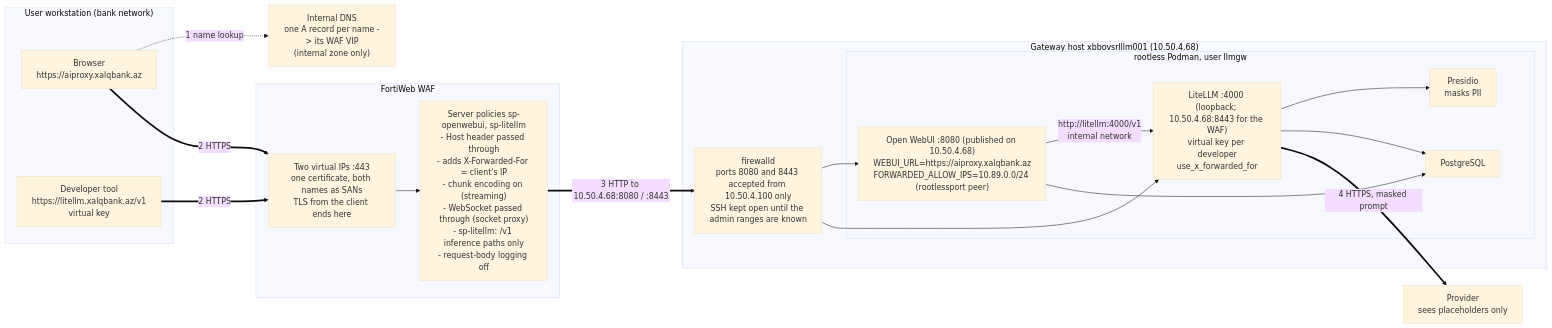
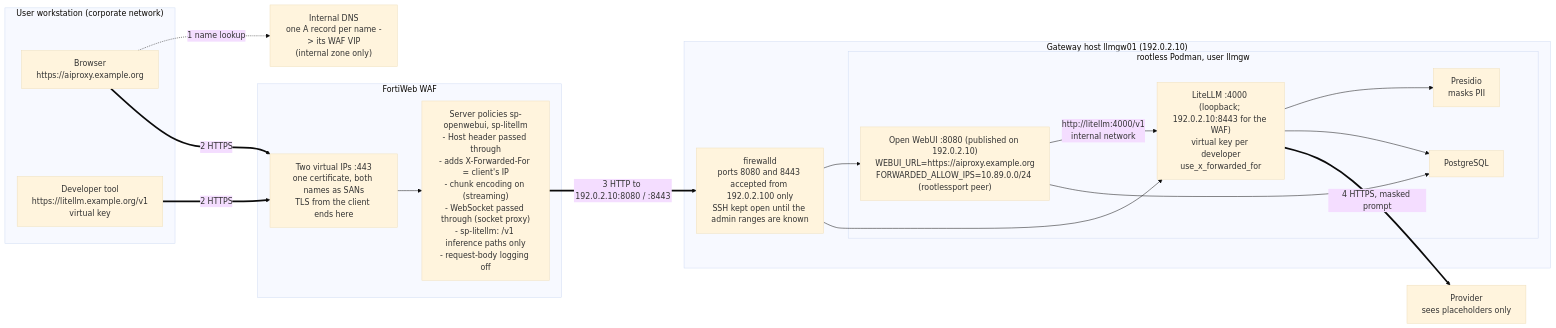
One commit to nafud/litellm changed the diagram in docs/08-exposure.md. Above: the diagram before and after it, drawn with Mermaid (base theme). The commit also changed other lines of this file and 13 other files, not shown here.

````diff
--- a/docs/08-exposure.md
+++ b/docs/08-exposure.md
@@ -17,34 +17,34 @@
 ```mermaid
 flowchart LR
-  subgraph user["User workstation (bank network)"]
-    browser["Browser<br/>https://aiproxy.xalqbank.az"]
-    dev["Developer tool<br/>https://litellm.xalqbank.az/v1<br/>virtual key"]
+  subgraph user["User workstation (corporate network)"]
+    browser["Browser<br/>https://aiproxy.example.org"]
+    dev["Developer tool<br/>https://litellm.example.org/v1<br/>virtual key"]
   end
   dns["Internal DNS<br/>one A record per name -> its WAF VIP<br/>(internal zone only)"]
   subgraph waf["FortiWeb WAF"]
     vip["Two virtual IPs :443<br/>one certificate, both names as SANs<br/>TLS from the client ends here"]
     rules["Server policies sp-openwebui, sp-litellm<br/>- Host header passed through<br/>- adds X-Forwarded-For = client's IP<br/>- chunk encoding on (streaming)<br/>- WebSocket passed through (socket proxy)<br/>- sp-litellm: /v1 inference paths only<br/>- request-body logging off"]
     vip --> rules
   end
-  subgraph host["Gateway host xbbovsrlllm001 (10.50.4.68)"]
-    fw["firewalld<br/>ports 8080 and 8443 accepted from 10.50.4.100 only<br/>SSH kept open until the admin ranges are known"]
+  subgraph host["Gateway host llmgw01 (192.0.2.10)"]
+    fw["firewalld<br/>ports 8080 and 8443 accepted from 192.0.2.100 only<br/>SSH kept open until the admin ranges are known"]
     subgraph podman["rootless Podman, user llmgw"]
-      owui["Open WebUI :8080 (published on 10.50.4.68)<br/>WEBUI_URL=https://aiproxy.xalqbank.az<br/>FORWARDED_ALLOW_IPS=10.89.0.0/24 (rootlessport peer)"]
-      litellm["LiteLLM :4000 (loopback; 10.50.4.68:8443 for the WAF)<br/>virtual key per developer<br/>use_x_forwarded_for"]
+      owui["Open WebUI :8080 (published on 192.0.2.10)<br/>WEBUI_URL=https://aiproxy.example.org<br/>FORWARDED_ALLOW_IPS=10.89.0.0/24 (rootlessport peer)"]
+      litellm["LiteLLM :4000 (loopback; 192.0.2.10:8443 for the WAF)<br/>virtual key per developer<br/>use_x_forwarded_for"]
       presidio["Presidio<br/>masks PII"]
       pg["PostgreSQL"]
       owui -- "http://litellm:4000/v1<br/>internal network" --> litellm
       litellm --> presidio
       litellm --> pg
       owui --> pg
     end
     fw --> owui
     fw --> litellm
   end
   provider["Provider<br/>sees placeholders only"]
   browser -. "1 name lookup" .-> dns
   browser == "2 HTTPS" ==> vip
   dev == "2 HTTPS" ==> vip
-  rules == "3 HTTP to 10.50.4.68:8080 / :8443" ==> fw
+  rules == "3 HTTP to 192.0.2.10:8080 / :8443" ==> fw
   litellm == "4 HTTPS, masked prompt" ==> provider
 ```
````
